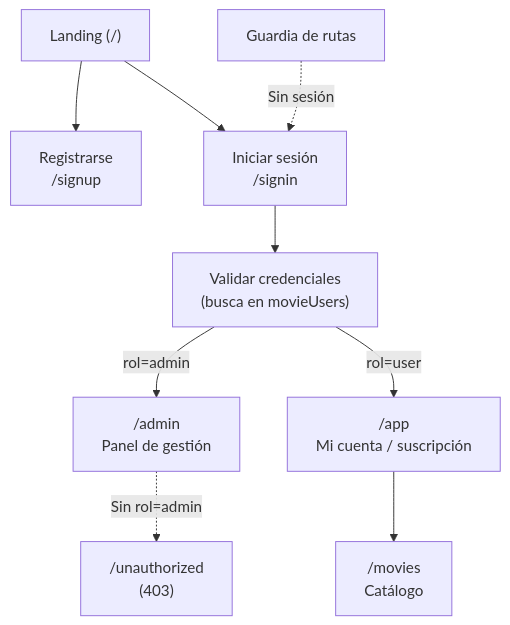
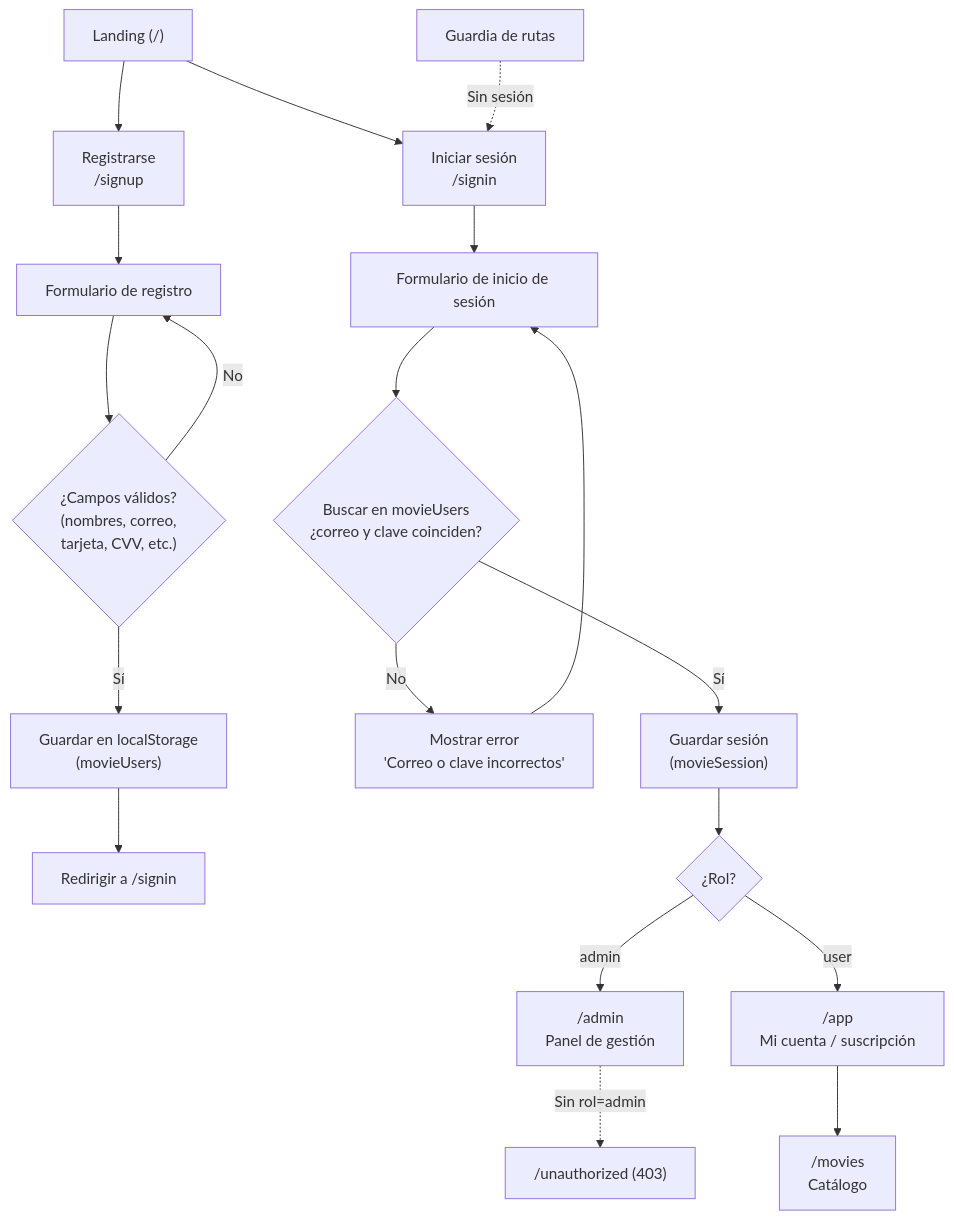
Before and after one commit to brigitterodriguezp/movs-app: the diagram in README.md, drawn with Mermaid. The commit also changed other lines of this file, not shown here.

Commit message:
se corrige navbar

````diff
--- a/README.md
+++ b/README.md
@@ -94,12 +94,24 @@
 ```mermaid
 flowchart TD
     A["Landing (/)"] --> B["Registrarse<br/>/signup"]
     A --> C["Iniciar sesión<br/>/signin"]
-    C --> D["Validar credenciales<br/>(busca en movieUsers)"]
-    D -->|"rol=admin"| E["/admin<br/>Panel de gestión"]
-    D -->|"rol=user"| F["/app<br/>Mi cuenta / suscripción"]
-    F --> G["/movies<br/>Catálogo"]
 
-    H["Guardia de rutas"] -.->|"Sin sesión"| C
-    E -.->|"Sin rol=admin"| I["/unauthorized<br/>(403)"]
+    B --> D["Formulario de registro"]
+    D --> E{"¿Campos válidos?<br/>(nombres, correo,<br/>tarjeta, CVV, etc.)"}
+    E -->|"No"| D
+    E -->|"Sí"| F["Guardar en localStorage<br/>(movieUsers)"]
+    F --> G["Redirigir a /signin"]
+
+    C --> H["Formulario de inicio de sesión"]
+    H --> I{"Buscar en movieUsers<br/>¿correo y clave coinciden?"}
+    I -->|"No"| J["Mostrar error<br/>'Correo o clave incorrectos'"]
+    J --> H
+    I -->|"Sí"| K["Guardar sesión<br/>(movieSession)"]
+    K --> L{"¿Rol?"}
+    L -->|"admin"| M["/admin<br/>Panel de gestión"]
+    L -->|"user"| N["/app<br/>Mi cuenta / suscripción"]
+    N --> O["/movies<br/>Catálogo"]
+
+    P["Guardia de rutas"] -.->|"Sin sesión"| C
+    M -.->|"Sin rol=admin"| Q["/unauthorized (403)"]
 ```
````
